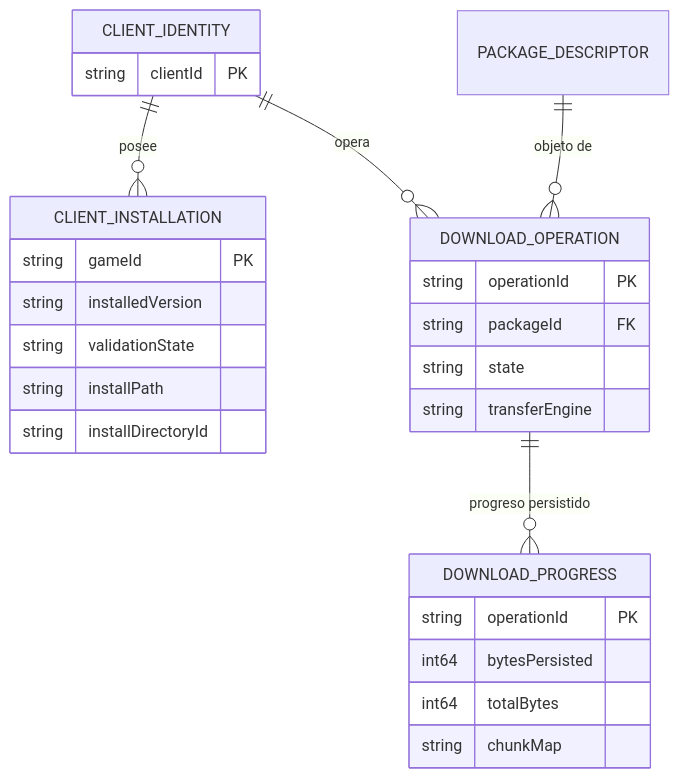
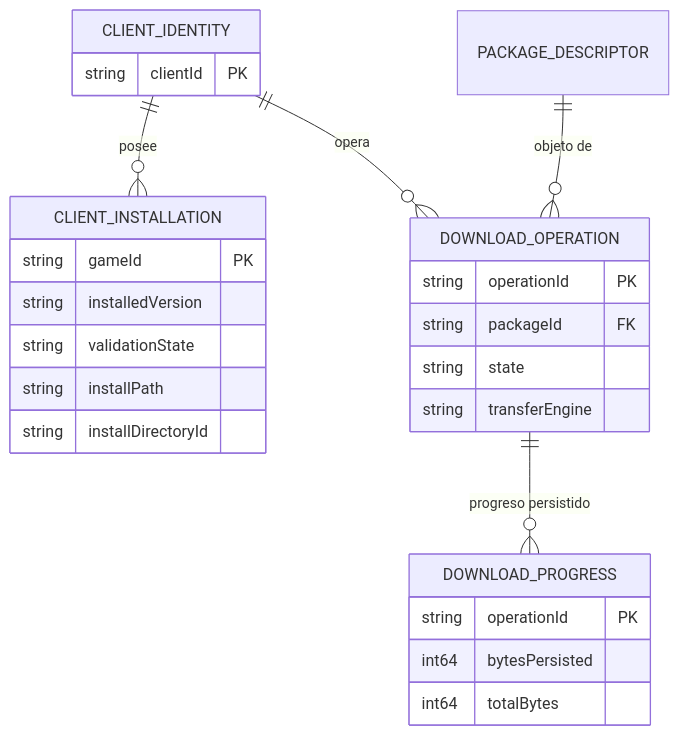
Before and after one commit to vertigo7x/lan-party-hub: the seventh of 10 diagrams in _bmad-output/planning-artifacts/architecture/architecture-lan-party-hub-2026-10-26/ARCHITECTURE-SPINE.md, drawn with Mermaid. The commit also changed other lines of this file and 4 other files, not shown here.

````diff
--- a/_bmad-output/planning-artifacts/architecture/architecture-lan-party-hub-2026-10-26/ARCHITECTURE-SPINE.md
+++ b/_bmad-output/planning-artifacts/architecture/architecture-lan-party-hub-2026-10-26/ARCHITECTURE-SPINE.md
@@ -578,30 +656,29 @@
 ```mermaid
 erDiagram
     CLIENT_IDENTITY ||--o{ CLIENT_INSTALLATION : "posee"
     CLIENT_IDENTITY ||--o{ DOWNLOAD_OPERATION : "opera"
     PACKAGE_DESCRIPTOR ||--o{ DOWNLOAD_OPERATION : "objeto de"
     DOWNLOAD_OPERATION ||--o{ DOWNLOAD_PROGRESS : "progreso persistido"
 
     CLIENT_IDENTITY {
         string clientId PK
     }
     CLIENT_INSTALLATION {
         string gameId PK
         string installedVersion
         string validationState
         string installPath
         string installDirectoryId
     }
     DOWNLOAD_OPERATION {
         string operationId PK
         string packageId FK
         string state
         string transferEngine
     }
     DOWNLOAD_PROGRESS {
         string operationId PK
         int64 bytesPersisted
         int64 totalBytes
-        string chunkMap
     }
 ```
````
